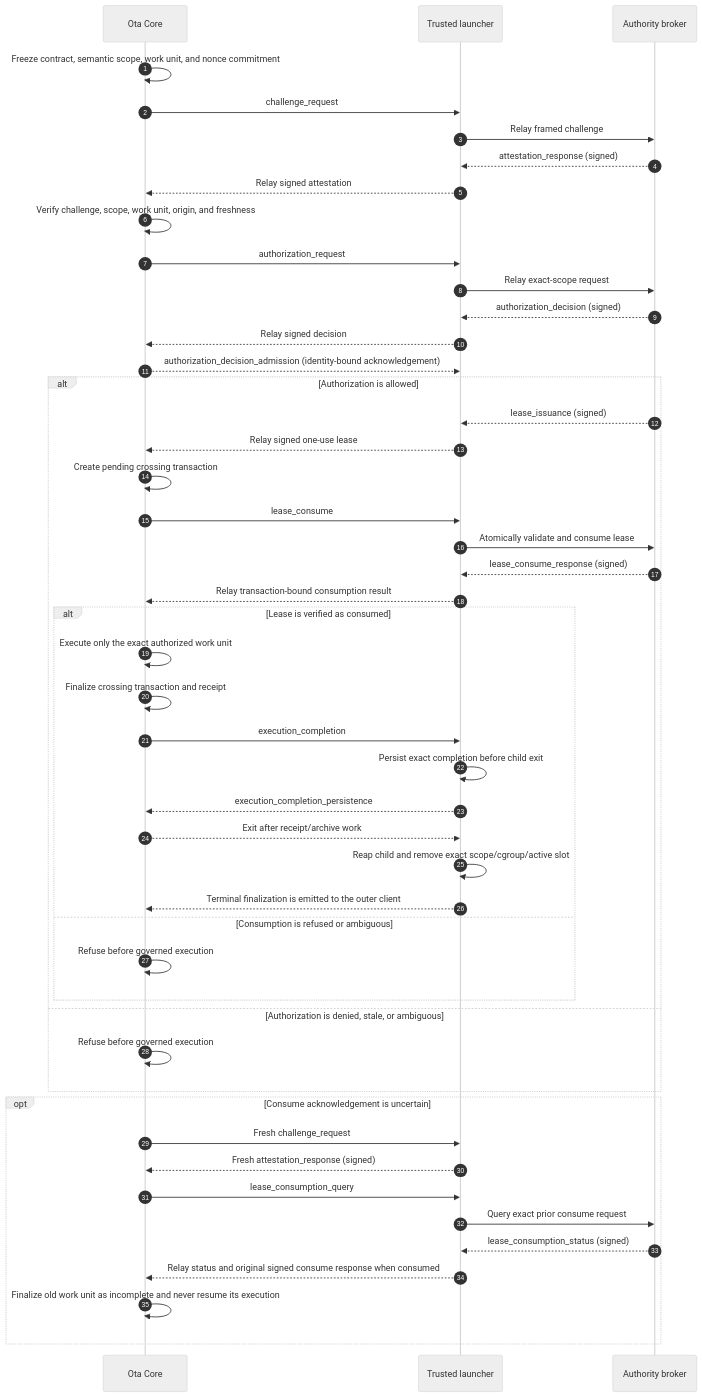
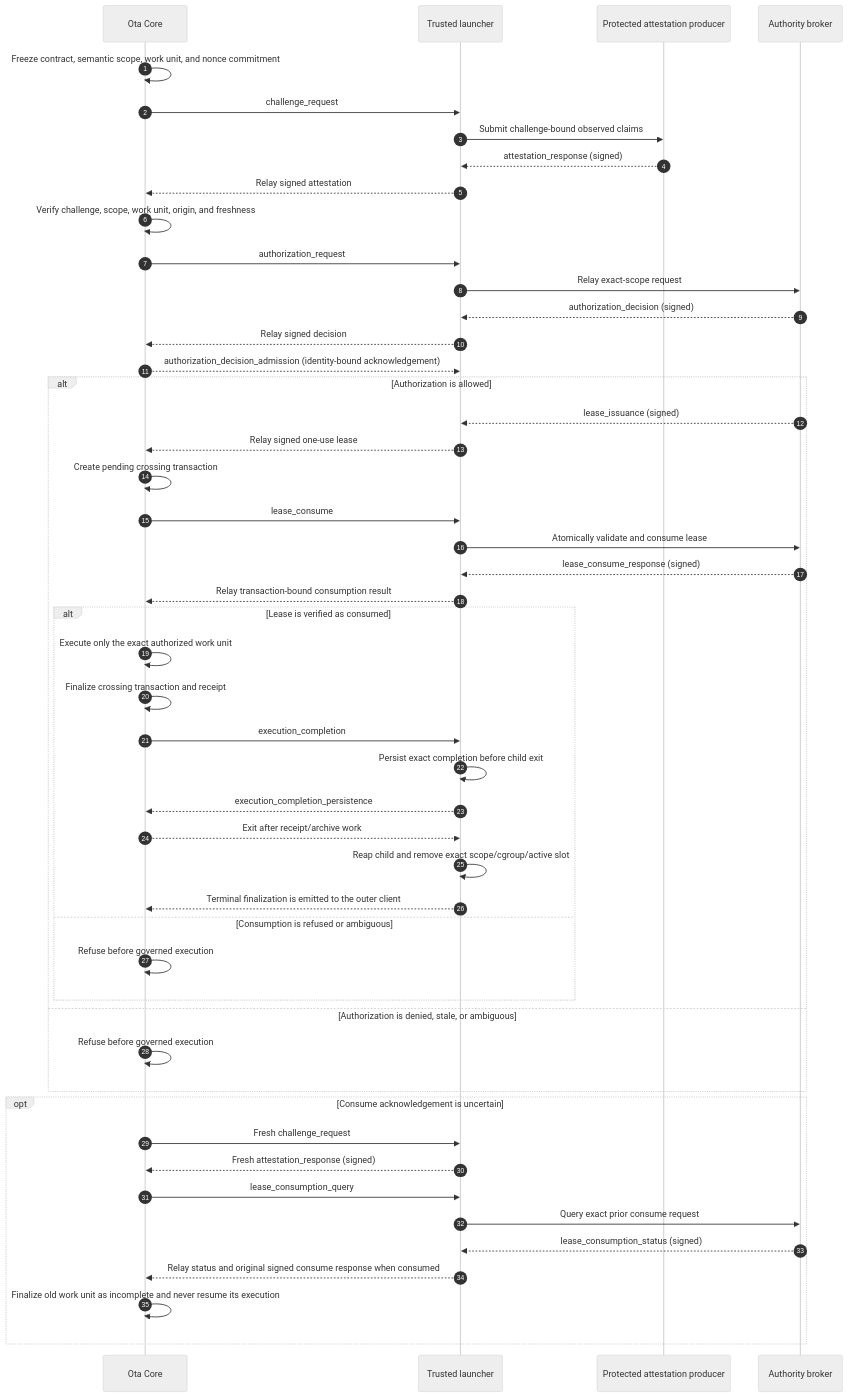
One commit to ota-run/authority-protocol changed the first of 2 diagrams in README.md. Above: the diagram before and after it, drawn with Mermaid (neutral theme). The commit also changed other lines of this file and 3 other files, not shown here.

````diff
--- a/README.md
+++ b/README.md
@@ -54,54 +55,55 @@
 ```mermaid
 sequenceDiagram
     autonumber
     participant Core as Ota Core
     participant Launcher as Trusted launcher
+    participant Attestor as Protected attestation producer
     participant Broker as Authority broker
 
     Core->>Core: Freeze contract, semantic scope, work unit, and nonce commitment
     Core->>Launcher: challenge_request
-    Launcher->>Broker: Relay framed challenge
-    Broker-->>Launcher: attestation_response (signed)
+    Launcher->>Attestor: Submit challenge-bound observed claims
+    Attestor-->>Launcher: attestation_response (signed)
     Launcher-->>Core: Relay signed attestation
     Core->>Core: Verify challenge, scope, work unit, origin, and freshness
 
     Core->>Launcher: authorization_request
     Launcher->>Broker: Relay exact-scope request
     Broker-->>Launcher: authorization_decision (signed)
     Launcher-->>Core: Relay signed decision
     Core-->>Launcher: authorization_decision_admission (identity-bound acknowledgement)
 
     alt Authorization is allowed
         Broker-->>Launcher: lease_issuance (signed)
         Launcher-->>Core: Relay signed one-use lease
         Core->>Core: Create pending crossing transaction
         Core->>Launcher: lease_consume
         Launcher->>Broker: Atomically validate and consume lease
         Broker-->>Launcher: lease_consume_response (signed)
         Launcher-->>Core: Relay transaction-bound consumption result
         alt Lease is verified as consumed
             Core->>Core: Execute only the exact authorized work unit
             Core->>Core: Finalize crossing transaction and receipt
             Core->>Launcher: execution_completion
             Launcher->>Launcher: Persist exact completion before child exit
             Launcher-->>Core: execution_completion_persistence
             Core-->>Launcher: Exit after receipt/archive work
             Launcher->>Launcher: Reap child and remove exact scope/cgroup/active slot
             Launcher-->>Core: Terminal finalization is emitted to the outer client
         else Consumption is refused or ambiguous
             Core->>Core: Refuse before governed execution
         end
     else Authorization is denied, stale, or ambiguous
         Core->>Core: Refuse before governed execution
     end
 
     opt Consume acknowledgement is uncertain
         Core->>Launcher: Fresh challenge_request
         Launcher-->>Core: Fresh attestation_response (signed)
         Core->>Launcher: lease_consumption_query
         Launcher->>Broker: Query exact prior consume request
         Broker-->>Launcher: lease_consumption_status (signed)
         Launcher-->>Core: Relay status and original signed consume response when consumed
         Core->>Core: Finalize old work unit as incomplete and never resume its execution
     end
 ```
````
